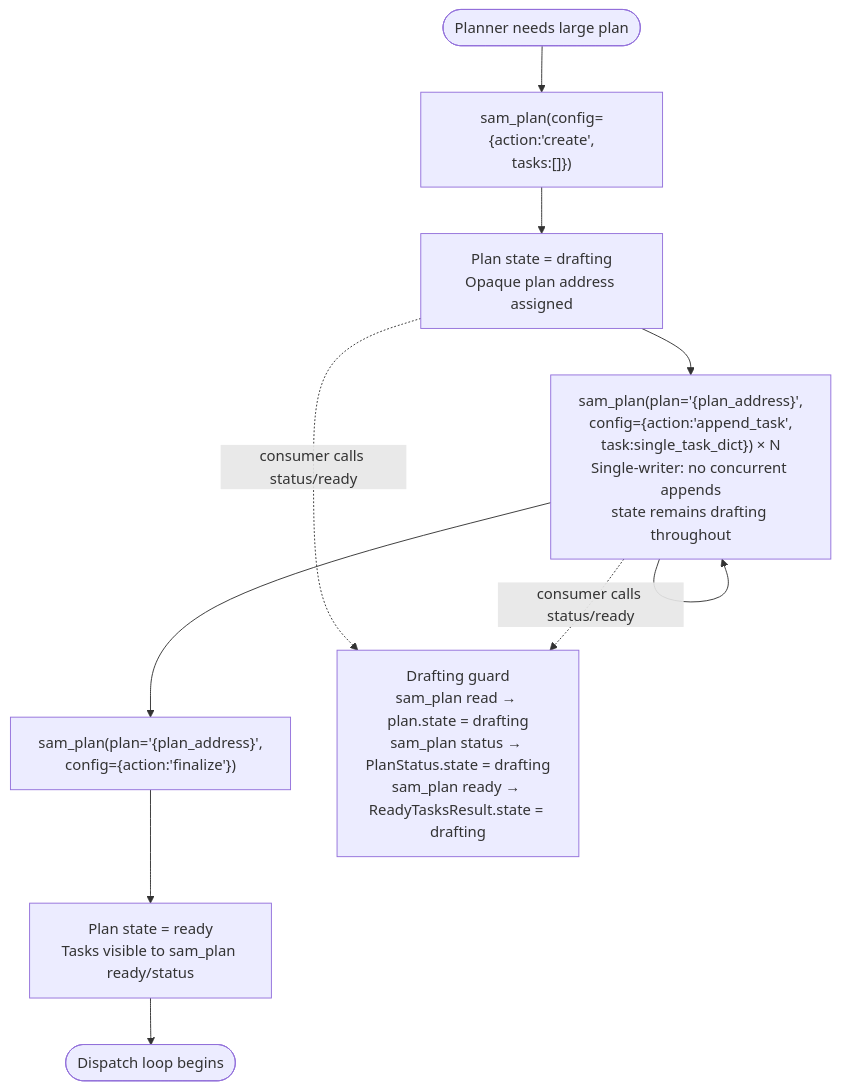
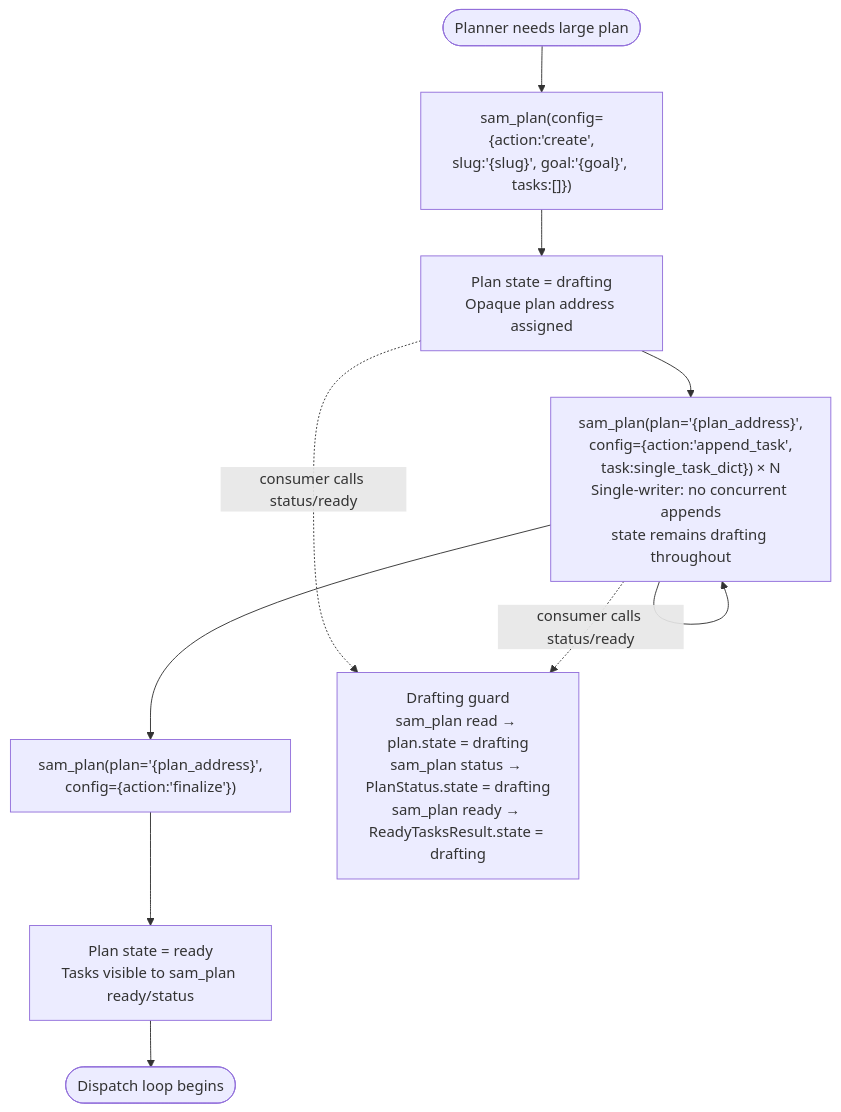
The third of 5 diagrams in plugins/development-harness/docs/workflow-architecture-diagram.md (Jamie-BitFlight/claude_skills), drawn with Mermaid before and after one commit. The commit also changed other lines of this file and 41 other files, not shown here.

````diff
--- a/plugins/development-harness/docs/workflow-architecture-diagram.md
+++ b/plugins/development-harness/docs/workflow-architecture-diagram.md
@@ -334,14 +334,14 @@
 ```mermaid
 flowchart TD
-    Start([Planner needs large plan]) --> Create["sam_plan(config={action:'create',<br>tasks:[]})"]
+    Start([Planner needs large plan]) --> Create["sam_plan(config={action:'create',<br>slug:'{slug}', goal:'{goal}', tasks:[]})"]
     Create --> Drafting["Plan state = drafting<br>Opaque plan address assigned"]
     Drafting --> AppendLoop["sam_plan(plan='{plan_address}',<br>config={action:'append_task',<br>task:single_task_dict}) × N<br>Single-writer: no concurrent appends<br>state remains drafting throughout"]
     AppendLoop --> AppendLoop
     AppendLoop --> Finalize["sam_plan(plan='{plan_address}',<br>config={action:'finalize'})"]
     Finalize --> Ready["Plan state = ready<br>Tasks visible to sam_plan ready/status"]
     Ready --> Dispatch([Dispatch loop begins])
 
     DraftingGuard["Drafting guard<br>sam_plan read → plan.state = drafting<br>sam_plan status → PlanStatus.state = drafting<br>sam_plan ready → ReadyTasksResult.state = drafting"]
     Drafting -.->|"consumer calls status/ready"| DraftingGuard
     AppendLoop -.->|"consumer calls status/ready"| DraftingGuard
 ```
````
